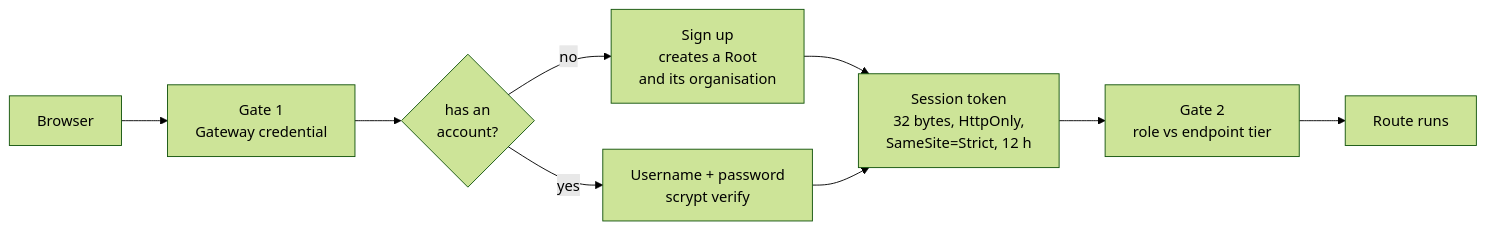
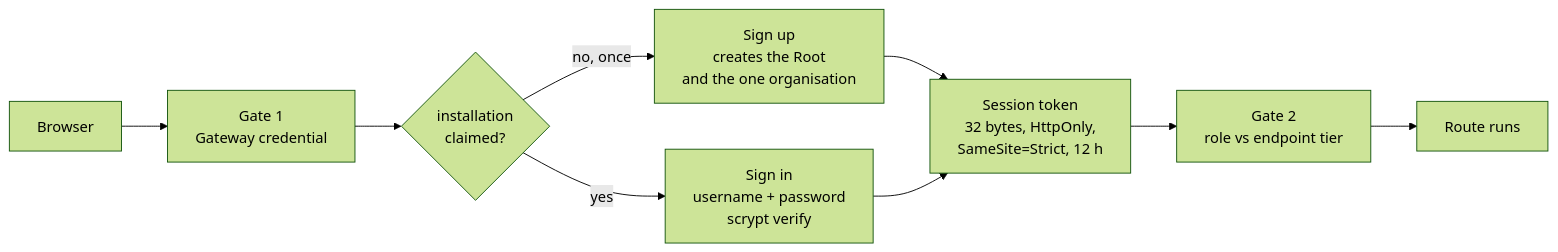
Before and after one commit to KinanRadaideh/openclaw-governance-layer: the fourth of 23 diagrams in docs-notes/FIGURES.md, drawn with Mermaid (forest theme). The commit also changed other lines of this file and 10 other files, not shown here.

````diff
--- a/docs-notes/FIGURES.md
+++ b/docs-notes/FIGURES.md
@@ -614,11 +712,11 @@
 ```mermaid
 flowchart LR
   B["Browser"] --> G1["Gate 1<br/>Gateway credential"]
-  G1 --> W{"has an<br/>account?"}
-  W -->|no| BOOT["Sign up<br/>creates a Root<br/>and its organisation"]
-  W -->|yes| CRED["Username + password<br/>scrypt verify"]
+  G1 --> W{"installation<br/>claimed?"}
+  W -->|no, once| BOOT["Sign up<br/>creates the Root<br/>and the one organisation"]
+  W -->|yes| CRED["Sign in<br/>username + password<br/>scrypt verify"]
   BOOT --> TOK["Session token<br/>32 bytes, HttpOnly,<br/>SameSite=Strict, 12 h"]
   CRED --> TOK
   TOK --> G2["Gate 2<br/>role vs endpoint tier"]
   G2 --> OK["Route runs"]
 ```
````
